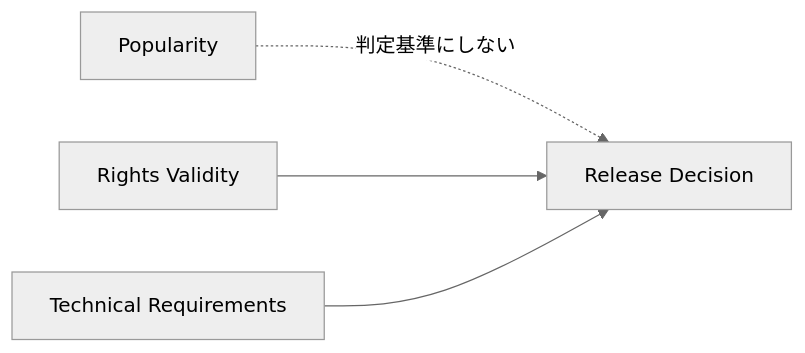
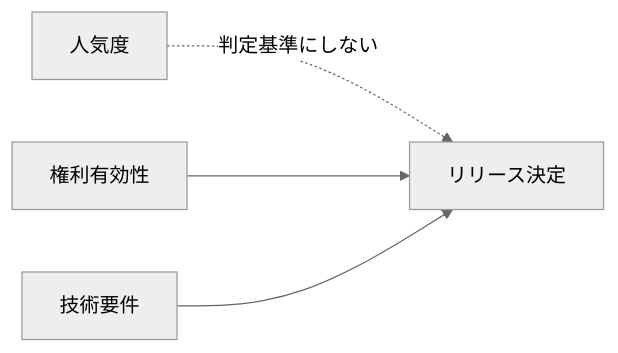
Before and after one commit to ShigeichiroYamasaki/creator-first-platform: diagram 14 of 29 in docs/whitepaper/05-creator-onboarding.md, drawn with Mermaid (neutral theme). The commit also changed other lines of this file and 72 other files, not shown here.

````diff
--- a/docs/whitepaper/05-creator-onboarding.md
+++ b/docs/whitepaper/05-creator-onboarding.md
@@ -460,10 +460,10 @@
 ```mermaid
 flowchart LR
-    POP[Popularity]
-    RIGHTS[Rights Validity]
-    QUALITY[Technical Requirements]
+    POP[人気度]
+    RIGHTS[権利有効性]
+    QUALITY[技術要件]
 
-    POP -.->|判定基準にしない| APPROVE[Release Decision]
+    POP -.->|判定基準にしない| APPROVE[リリース決定]
     RIGHTS --> APPROVE
     QUALITY --> APPROVE
 ```
````
